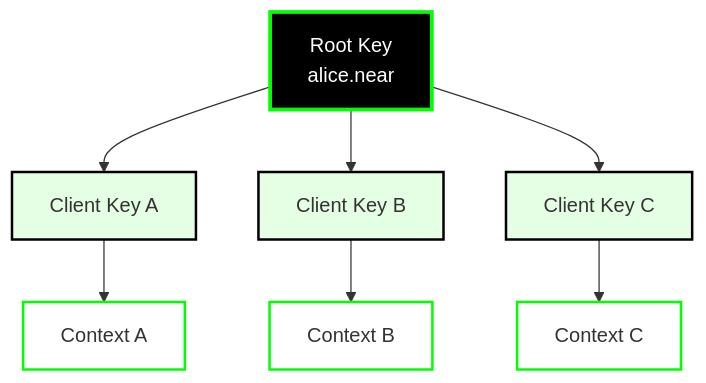
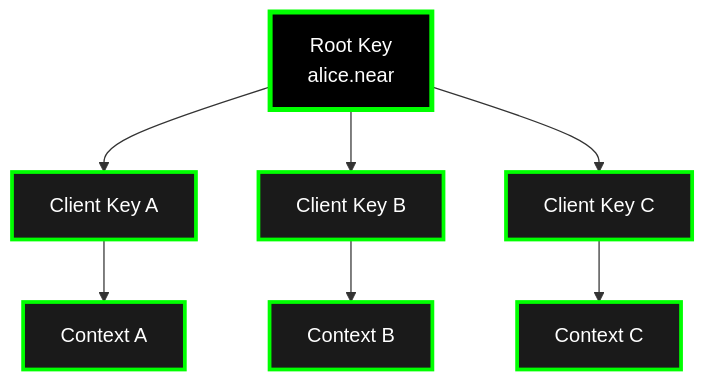
One commit to calimero-network/docs changed the diagram in docs/core-concepts/identity.md. Above: the diagram before and after it, drawn with Mermaid. The commit also changed 5 other files, not shown here.

First line of the commit message:
fix: Update all remaining graphs to dark backgrounds with green borders

````diff
--- a/docs/core-concepts/identity.md
+++ b/docs/core-concepts/identity.md
@@ -9,18 +9,18 @@
 ```mermaid
 flowchart TD
     ROOT[Root Key<br/>alice.near] --> CLIENT1[Client Key A]
     ROOT --> CLIENT2[Client Key B]
     ROOT --> CLIENT3[Client Key C]
     
     CLIENT1 --> CTX1[Context A]
     CLIENT2 --> CTX2[Context B]
     CLIENT3 --> CTX3[Context C]
     
-    style ROOT fill:#000000,stroke:#00ff00,stroke-width:3px,color:#ffffff
-    style CLIENT1 fill:#e5ffe5,stroke:#000000,stroke-width:2px
-    style CLIENT2 fill:#e5ffe5,stroke:#000000,stroke-width:2px
-    style CLIENT3 fill:#e5ffe5,stroke:#000000,stroke-width:2px
-    style CTX1 fill:#ffffff,stroke:#00ff00,stroke-width:2px
-    style CTX2 fill:#ffffff,stroke:#00ff00,stroke-width:2px
-    style CTX3 fill:#ffffff,stroke:#00ff00,stroke-width:2px
+    style ROOT fill:#000000,stroke:#00ff00,stroke-width:4px,color:#ffffff
+    style CLIENT1 fill:#1a1a1a,stroke:#00ff00,stroke-width:3px,color:#ffffff
+    style CLIENT2 fill:#1a1a1a,stroke:#00ff00,stroke-width:3px,color:#ffffff
+    style CLIENT3 fill:#1a1a1a,stroke:#00ff00,stroke-width:3px,color:#ffffff
+    style CTX1 fill:#1a1a1a,stroke:#00ff00,stroke-width:3px,color:#ffffff
+    style CTX2 fill:#1a1a1a,stroke:#00ff00,stroke-width:3px,color:#ffffff
+    style CTX3 fill:#1a1a1a,stroke:#00ff00,stroke-width:3px,color:#ffffff
 ```
````
